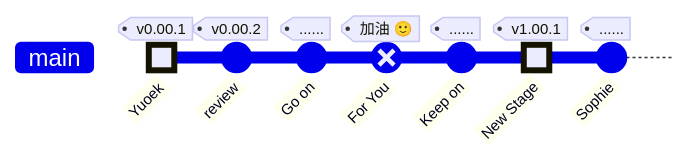
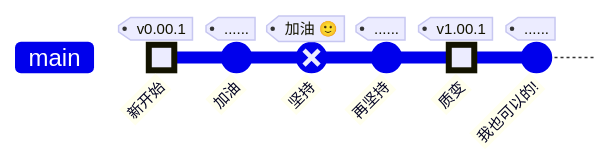
One commit to Yuoek/hugo-wiki changed the diagram in content/zh/_index.md. Above: the diagram before and after it, drawn with Mermaid. The commit also changed other lines of this file and 1651 other files, not shown here.

````diff
--- a/content/zh/_index.md
+++ b/content/zh/_index.md
@@ -18,11 +22,10 @@
 ```mermaid 
 gitGraph
-   commit id: "Yuoek" type: HIGHLIGHT tag: "v0.00.1"
-   commit id: "review" tag: "v0.00.2"
-   commit id: "Go on" tag: "......"
-   commit id: "For You" type: REVERSE tag: "加油 🙂"
-   commit id: "Keep on" tag: "......"
-   commit id: "New Stage" type: HIGHLIGHT tag: "v1.00.1"
-   commit id: "Sophie" tag: "......"
+   commit id: "新开始" type: HIGHLIGHT tag: "v0.00.1"
+   commit id: "加油" tag: "......"
+   commit id: "坚持" type: REVERSE tag: "加油 🙂"
+   commit id: "再坚持" tag: "......"
+   commit id: "质变" type: HIGHLIGHT tag: "v1.00.1"
+   commit id: "我也可以的!" tag: "......"
 
 ```
````
